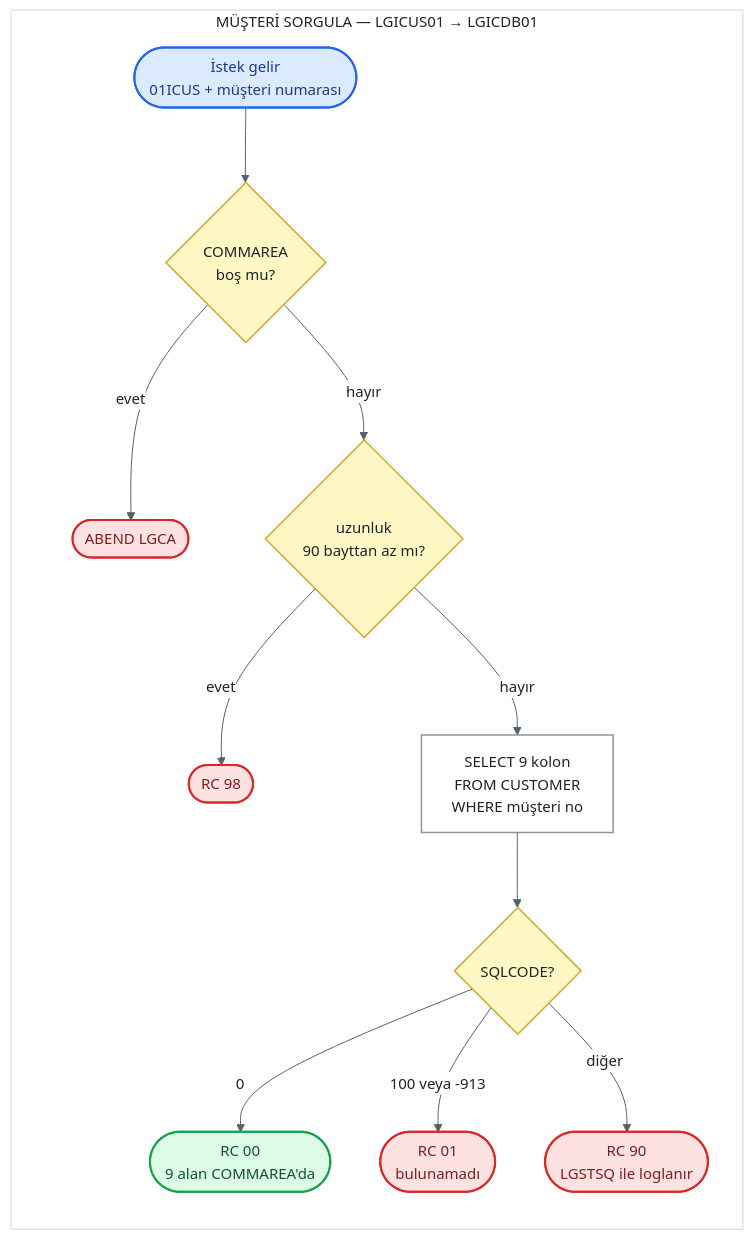
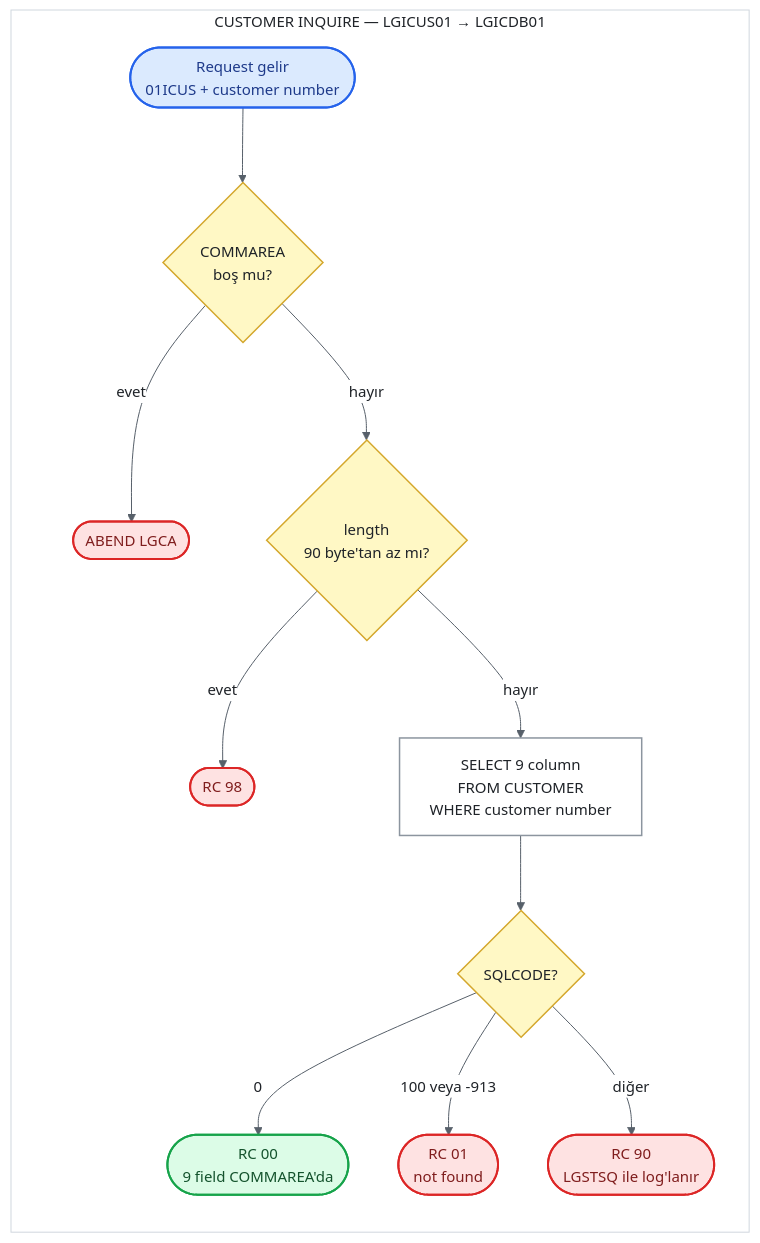
Before and after one commit to sertugser/genapp-dotnet: the diagram in legacy-analysis/use-cases/02-customer-inquire.md, drawn with Mermaid. The commit also changed other lines of this file and 2 other files, not shown here.

First line of the commit message:
Keep software terms in English in the customer use-case docs

````diff
--- a/legacy-analysis/use-cases/02-customer-inquire.md
+++ b/legacy-analysis/use-cases/02-customer-inquire.md
@@ -25,38 +25,38 @@
 ```mermaid
 %%{init: {"theme": "base", "look": "classic", "themeVariables": {"background": "#ffffff", "primaryColor": "#ffffff", "primaryTextColor": "#1f2328", "primaryBorderColor": "#8c959f", "lineColor": "#57606a", "textColor": "#1f2328", "titleColor": "#1f2328", "clusterBkg": "#ffffff", "clusterBorder": "#d0d7de", "edgeLabelBackground": "#ffffff", "fontSize": "15px"}}}%%
 flowchart TD
-    subgraph ZEMIN["MÜŞTERİ SORGULA — LGICUS01 → LGICDB01"]
+    subgraph ZEMIN["CUSTOMER INQUIRE — LGICUS01 → LGICDB01"]
         direction TD
-        S(["İstek gelir<br/>01ICUS + müşteri numarası"])
+        S(["Request gelir<br/>01ICUS + customer number"])
         Q1{"COMMAREA<br/>boş mu?"}
-        Q2{"uzunluk<br/>90 bayttan az mı?"}
-        Q3["SELECT 9 kolon<br/>FROM CUSTOMER<br/>WHERE müşteri no"]
+        Q2{"length<br/>90 byte'tan az mı?"}
+        Q3["SELECT 9 column<br/>FROM CUSTOMER<br/>WHERE customer number"]
         Q4{"SQLCODE?"}
-        OK(["RC 00<br/>9 alan COMMAREA'da"])
+        OK(["RC 00<br/>9 field COMMAREA'da"])
         A1(["ABEND LGCA"])
         R98(["RC 98"])
-        R01(["RC 01<br/>bulunamadı"])
-        R90(["RC 90<br/>LGSTSQ ile loglanır"])
+        R01(["RC 01<br/>not found"])
+        R90(["RC 90<br/>LGSTSQ ile log'lanır"])
 
         S --> Q1
         Q1 -->|evet| A1
         Q1 -->|hayır| Q2
         Q2 -->|evet| R98
         Q2 -->|hayır| Q3 --> Q4
         Q4 -->|0| OK
         Q4 -->|"100 veya -913"| R01
         Q4 -->|diğer| R90
     end
 
     classDef adim fill:#ffffff,stroke:#8c959f,color:#1f2328,stroke-width:1.5px
     classDef karar fill:#fff8c5,stroke:#d4a72c,color:#1f2328,stroke-width:1.5px
     classDef basari fill:#dcfce7,stroke:#16a34a,color:#14532d,stroke-width:2px
     classDef hata fill:#fee2e2,stroke:#dc2626,color:#7f1d1d,stroke-width:2px
     classDef giris fill:#dbeafe,stroke:#2563eb,color:#1e3a8a,stroke-width:2px
     class S giris
     class Q3 adim
     class Q1,Q2,Q4 karar
     class OK basari
     class A1,R98,R01,R90 hata
     style ZEMIN fill:#ffffff,stroke:#d0d7de,color:#1f2328
 ```
````
